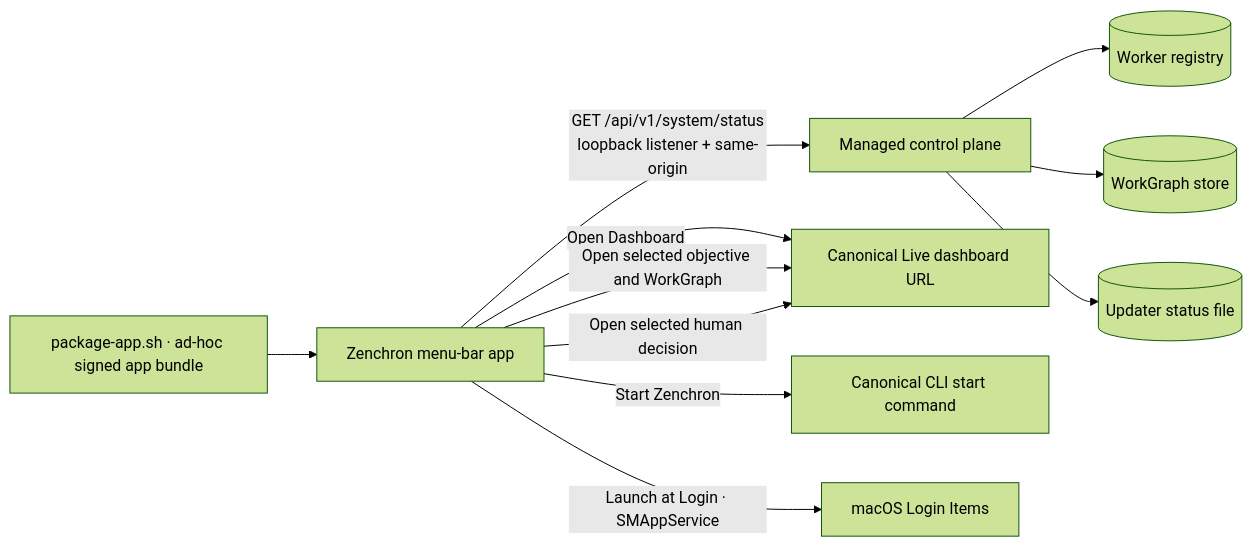
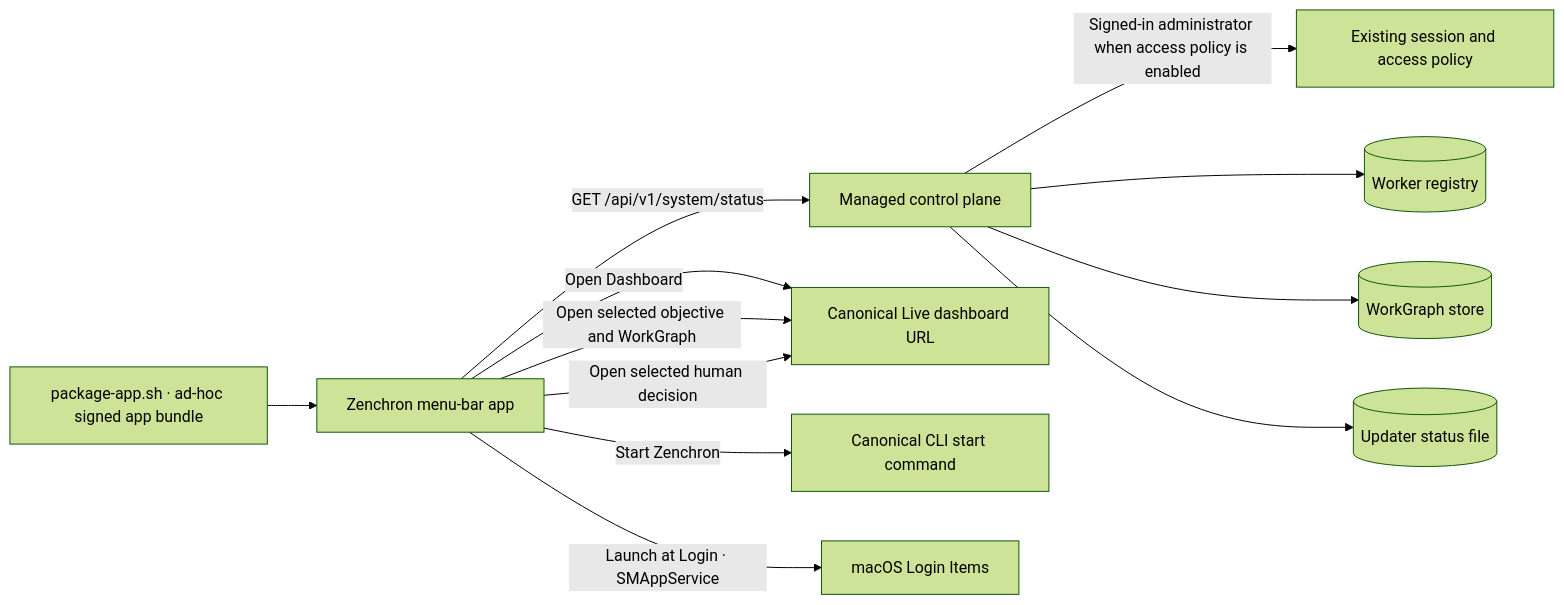
One commit to bogdaniel/zenchron-engineering-os changed the diagram in docs/features/macos-menu-bar-companion.md. Above: the diagram before and after it, drawn with Mermaid (forest theme). The commit also changed other lines of this file and 5 other files, not shown here.

Commit message:
fix(macos): protect status and stabilize menu actions

````diff
--- a/docs/features/macos-menu-bar-companion.md
+++ b/docs/features/macos-menu-bar-companion.md
@@ -8,13 +8,14 @@
 ```mermaid
 flowchart LR
-  Companion[Zenchron menu-bar app] -->|GET /api/v1/system/status<br/>loopback listener + same-origin| API[Managed control plane]
+  Companion[Zenchron menu-bar app] -->|GET /api/v1/system/status| API[Managed control plane]
+  API -->|Signed-in administrator when access policy is enabled| Auth[Existing session and access policy]
   API --> Workers[(Worker registry)]
   API --> Graphs[(WorkGraph store)]
   API --> Update[(Updater status file)]
   Companion -->|Open Dashboard| Browser[Canonical Live dashboard URL]
   Companion -->|Open selected objective and WorkGraph| Browser
   Companion -->|Open selected human decision| Browser
   Companion -->|Start Zenchron| CLI[Canonical CLI start command]
   Bundle[package-app.sh · ad-hoc signed app bundle] --> Companion
   Companion -->|Launch at Login · SMAppService| Settings[macOS Login Items]
 ```
````
